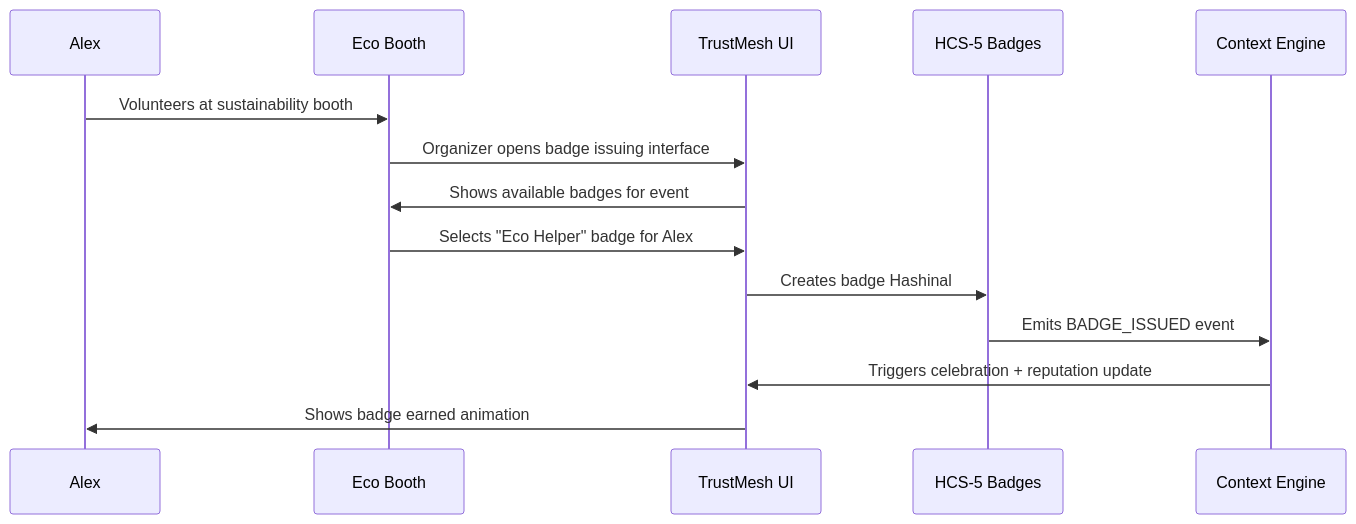
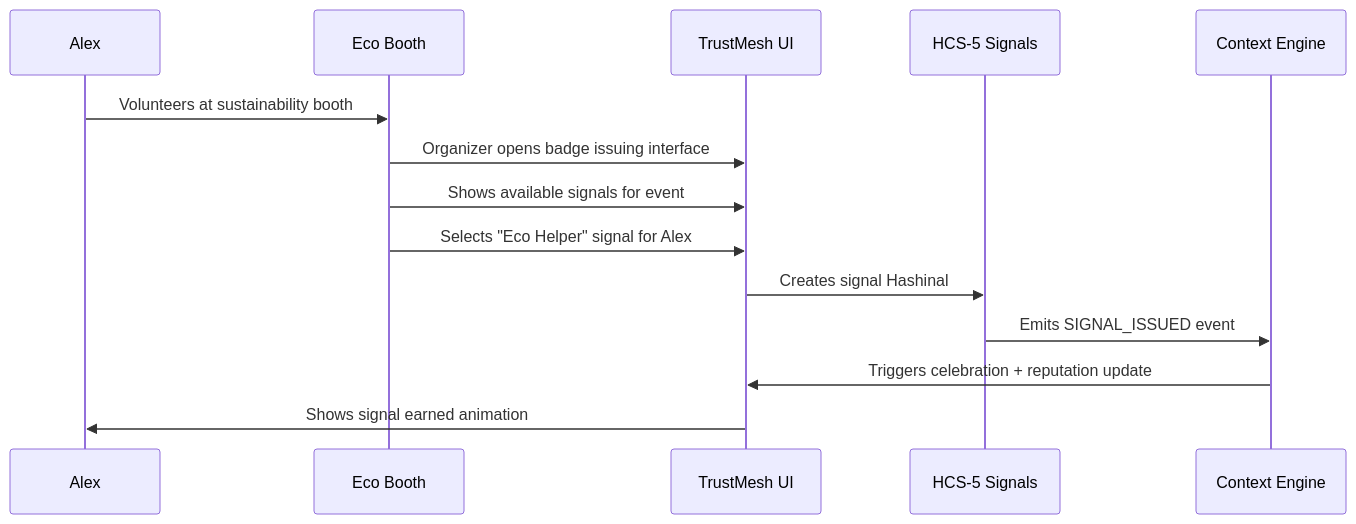
One commit to tonycamero/hedera-africa-hackathon changed the third of 5 diagrams in docs/DEMO_SCRIPT.md. Above: the diagram before and after it, drawn with Mermaid. The commit also changed other lines of this file and 130 other files, not shown here.

````diff
--- a/docs/DEMO_SCRIPT.md
+++ b/docs/DEMO_SCRIPT.md
@@ -427,17 +427,17 @@
 ```mermaid
 sequenceDiagram
     participant A as Alex
     participant E as Eco Booth
     participant UI as TrustMesh UI  
-    participant HCS5 as HCS-5 Badges
+    participant HCS5 as HCS-5 Signals
     participant CE as Context Engine
 
     A->>E: Volunteers at sustainability booth
     E->>UI: Organizer opens badge issuing interface
-    UI->>E: Shows available badges for event
-    E->>UI: Selects "Eco Helper" badge for Alex
-    UI->>HCS5: Creates badge Hashinal
-    HCS5->>CE: Emits BADGE_ISSUED event
+    E->>UI: Shows available signals for event
+    E->>UI: Selects "Eco Helper" signal for Alex
+    UI->>HCS5: Creates signal Hashinal
+    HCS5->>CE: Emits SIGNAL_ISSUED event
     CE->>UI: Triggers celebration + reputation update
-    UI->>A: Shows badge earned animation
+    UI->>A: Shows signal earned animation
 ```
````
